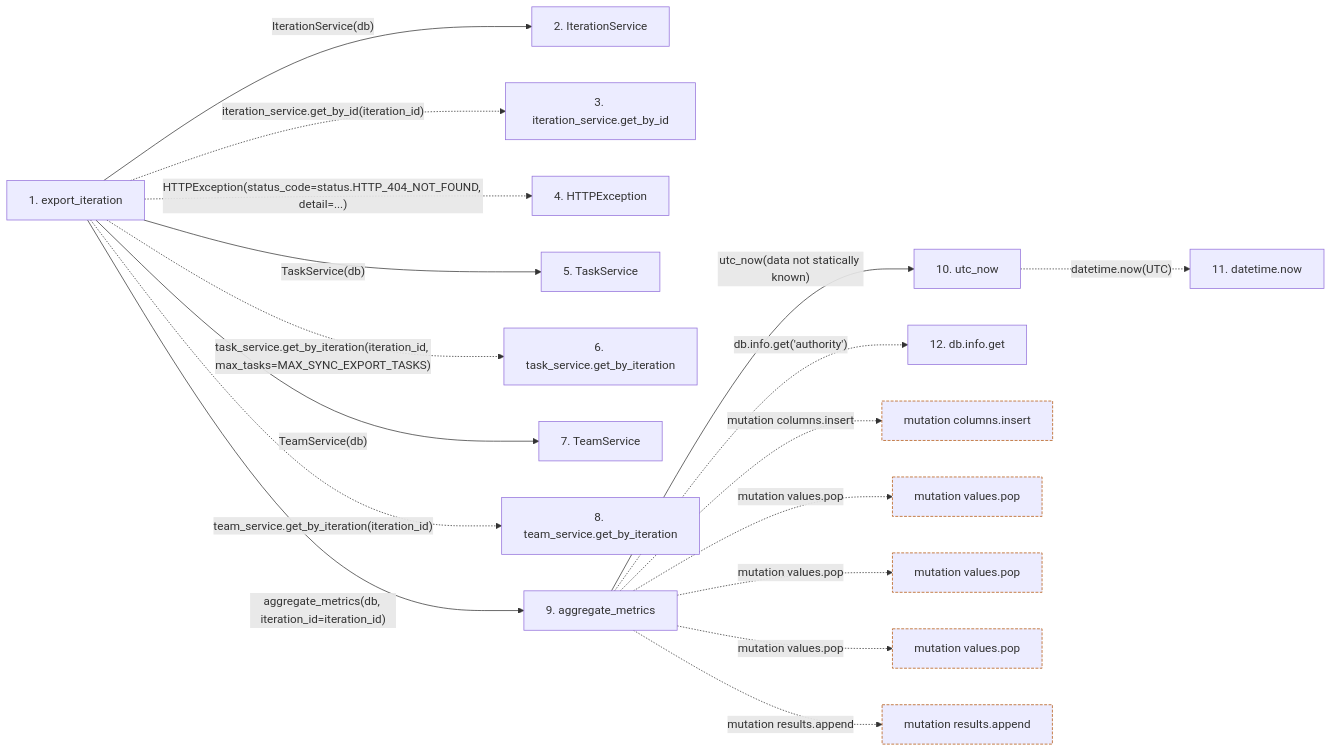
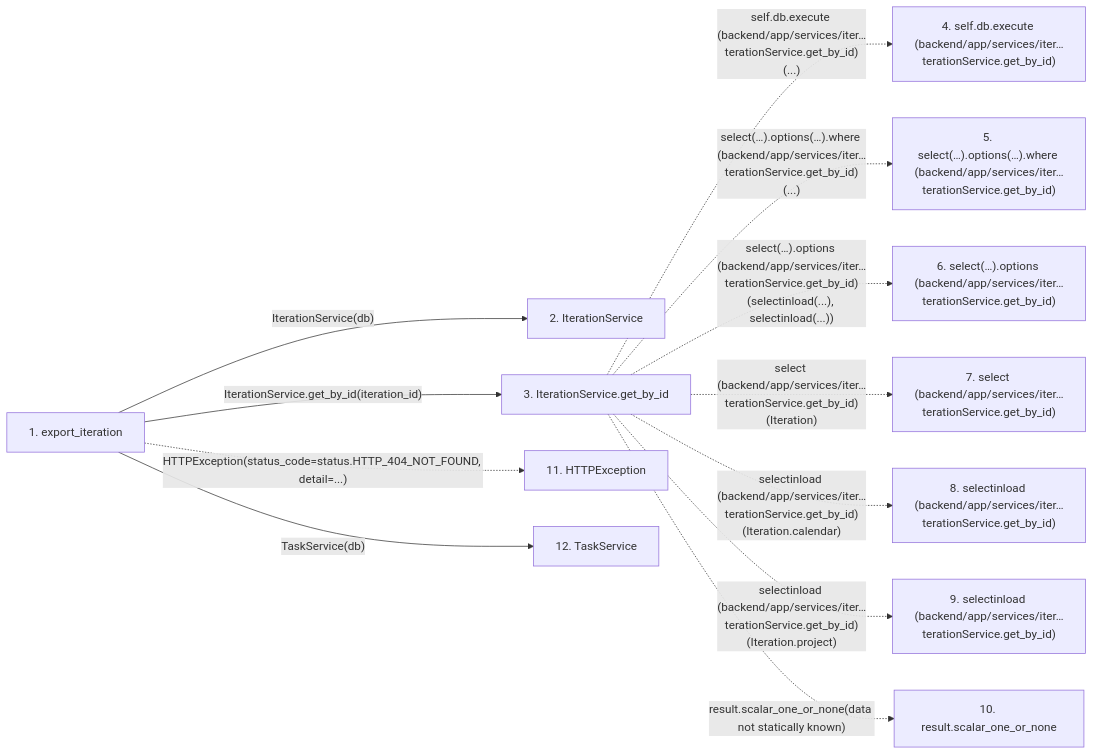
One commit to Denissvgn/WorkChord changed the second of 2 diagrams in docs/llm_wiki/flows/http-export_iteration.md. Above: the diagram before and after it, drawn with Mermaid. The commit also changed other lines of this file and 25171 other files, not shown here.

````diff
--- a/docs/llm_wiki/flows/http-export_iteration.md
+++ b/docs/llm_wiki/flows/http-export_iteration.md
@@ -87,48 +139,30 @@
 ```mermaid
 flowchart LR
     s1["1. export_iteration"]
     s2["2. IterationService"]
-    s3["3. iteration_service.get_by_id"]
-    s4["4. HTTPException"]
-    s5["5. TaskService"]
-    s6["6. task_service.get_by_iteration"]
-    s7["7. TeamService"]
-    s8["8. team_service.get_by_iteration"]
-    s9["9. aggregate_metrics"]
-    s10["10. utc_now"]
-    s11["11. datetime.now"]
-    s12["12. db.info.get"]
+    s3["3. IterationService.get_by_id"]
+    s4["4. self.db.execute (backend/app/services/iter…terationService.get_by_id)"]
+    s5["5. select(…).options(…).where (backend/app/services/iter…terationService.get_by_id)"]
+    s6["6. select(…).options (backend/app/services/iter…terationService.get_by_id)"]
+    s7["7. select (backend/app/services/iter…terationService.get_by_id)"]
+    s8["8. selectinload (backend/app/services/iter…terationService.get_by_id)"]
+    s9["9. selectinload (backend/app/services/iter…terationService.get_by_id)"]
+    s10["10. result.scalar_one_or_none"]
+    s11["11. HTTPException"]
+    s12["12. TaskService"]
     s1 -->|"IterationService(db)"| s2
-    s1 -. "iteration_service.get_by_id(iteration_id)" .-> s3
-    s1 -. "HTTPException(status_code=status.HTTP_404_NOT_FOUND, detail=...)" .-> s4
-    s1 -->|"TaskService(db)"| s5
-    s1 -. "task_service.get_by_iteration(iteration_id, max_tasks=MAX_SYNC_EXPORT_TASKS)" .-> s6
-    s1 -->|"TeamService(db)"| s7
-    s1 -. "team_service.get_by_iteration(iteration_id)" .-> s8
-    s1 -->|"aggregate_metrics(db, iteration_id=iteration_id)"| s9
-    s9 -->|"utc_now(data not statically known)"| s10
-    s10 -. "datetime.now(UTC)" .-> s11
-    s9 -. "db.info.get('authority')" .-> s12
-    b0["mutation columns.insert"]
-    s9 -. "mutation columns.insert" .-> b0
-    b1["mutation values.pop"]
-    s9 -. "mutation values.pop" .-> b1
-    b2["mutation values.pop"]
-    s9 -. "mutation values.pop" .-> b2
-    b3["mutation values.pop"]
-    s9 -. "mutation values.pop" .-> b3
-    b4["mutation results.append"]
-    s9 -. "mutation results.append" .-> b4
+    s1 -->|"IterationService.get_by_id(iteration_id)"| s3
+    s3 -. "self.db.execute (backend/app/services/iter…terationService.get_by_id)(...)" .-> s4
+    s3 -. "select(…).options(…).where (backend/app/services/iter…terationService.get_by_id)(...)" .-> s5
+    s3 -. "select(…).options (backend/app/services/iter…terationService.get_by_id)(selectinload(...), selectinload(...))" .-> s6
+    s3 -. "select (backend/app/services/iter…terationService.get_by_id)(Iteration)" .-> s7
+    s3 -. "selectinload (backend/app/services/iter…terationService.get_by_id)(Iteration.calendar)" .-> s8
+    s3 -. "selectinload (backend/app/services/iter…terationService.get_by_id)(Iteration.project)" .-> s9
+    s3 -. "result.scalar_one_or_none(data not statically known)" .-> s10
+    s1 -. "HTTPException(status_code=status.HTTP_404_NOT_FOUND, detail=...)" .-> s11
+    s1 -->|"TaskService(db)"| s12
     click s1 "../modules/export.md"
     click s2 "../modules/iteration_service.md"
-    click s5 "../modules/task_service.md"
-    click s7 "../modules/team_service.md"
-    click s9 "../modules/services_work_metrics.md"
-    click s10 "../modules/time.md"
-    classDef boundary stroke:#b45309,stroke-dasharray: 4 2
-    class b0 boundary
-    class b1 boundary
-    class b2 boundary
-    class b3 boundary
-    class b4 boundary
+    click s3 "../modules/iteration_service.md"
+    click s12 "../modules/task_service.md"
 ```
````
